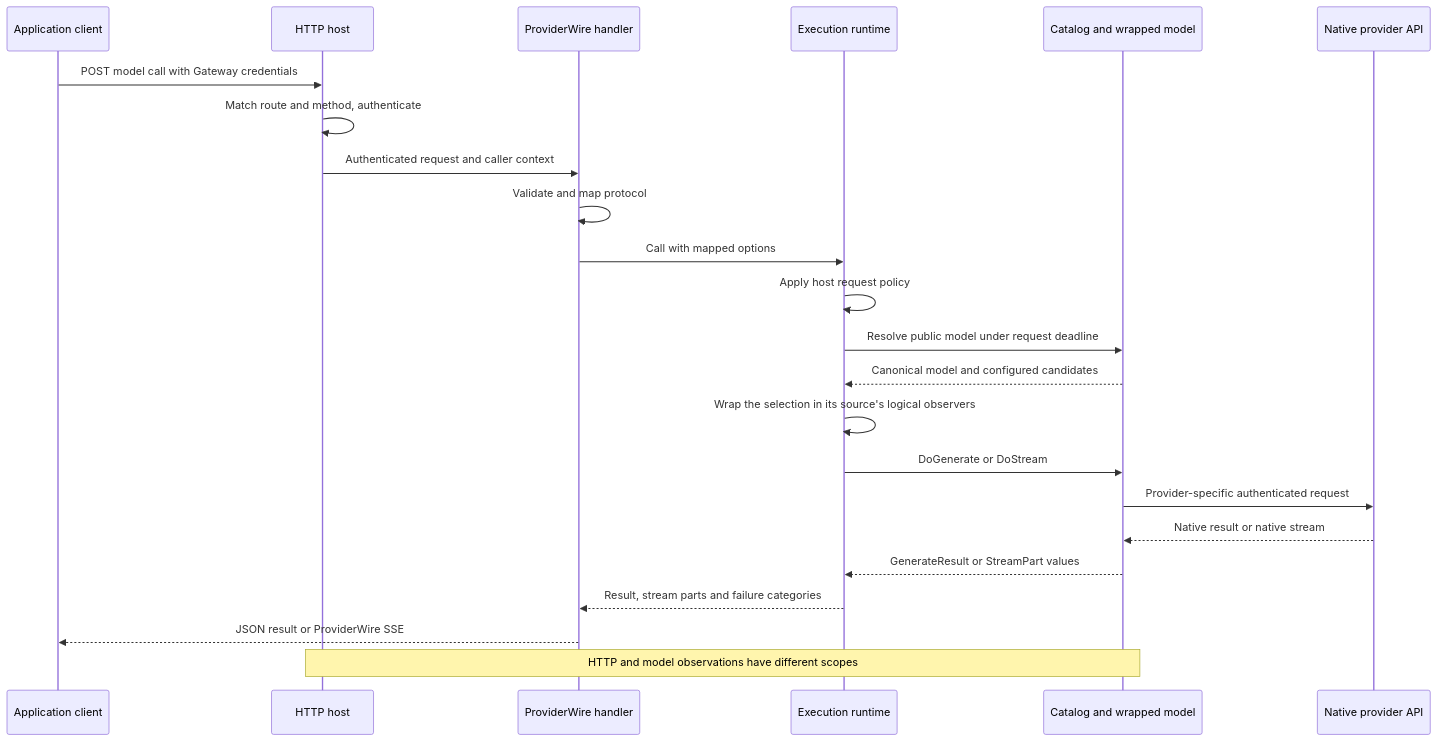
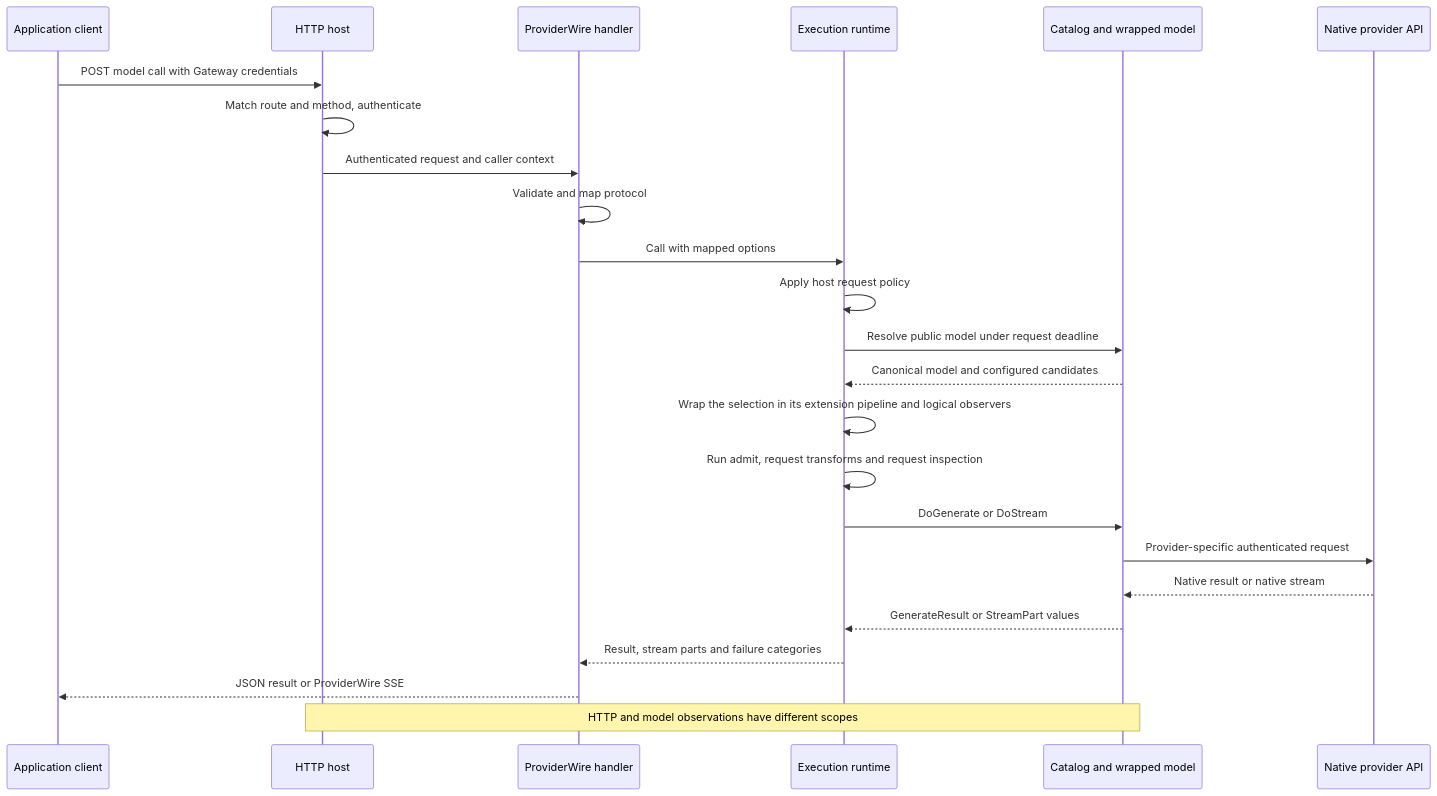
One commit to grafana/ai-sdk changed the second of 3 diagrams in docs/concepts/gateway-architecture.md. Above: the diagram before and after it, drawn with Mermaid. The commit also changed other lines of this file and 5 other files, not shown here.

````diff
--- a/docs/concepts/gateway-architecture.md
+++ b/docs/concepts/gateway-architecture.md
@@ -126,25 +131,26 @@
 ```mermaid
 sequenceDiagram
   participant C as Application client
   participant H as HTTP host
   participant W as ProviderWire handler
   participant R as Execution runtime
   participant M as Catalog and wrapped model
   participant P as Native provider API
   C->>H: POST model call with Gateway credentials
   H->>H: Match route and method, authenticate
   H->>W: Authenticated request and caller context
   W->>W: Validate and map protocol
   W->>R: Call with mapped options
   R->>R: Apply host request policy
   R->>M: Resolve public model under request deadline
   M-->>R: Canonical model and configured candidates
-  R->>R: Wrap the selection in its source's logical observers
+  R->>R: Wrap the selection in its extension pipeline and logical observers
+  R->>R: Run admit, request transforms and request inspection
   R->>M: DoGenerate or DoStream
   M->>P: Provider-specific authenticated request
   P-->>M: Native result or native stream
   M-->>R: GenerateResult or StreamPart values
   R-->>W: Result, stream parts and failure categories
   W-->>C: JSON result or ProviderWire SSE
   Note over H,M: HTTP and model observations have different scopes
 ```
````
